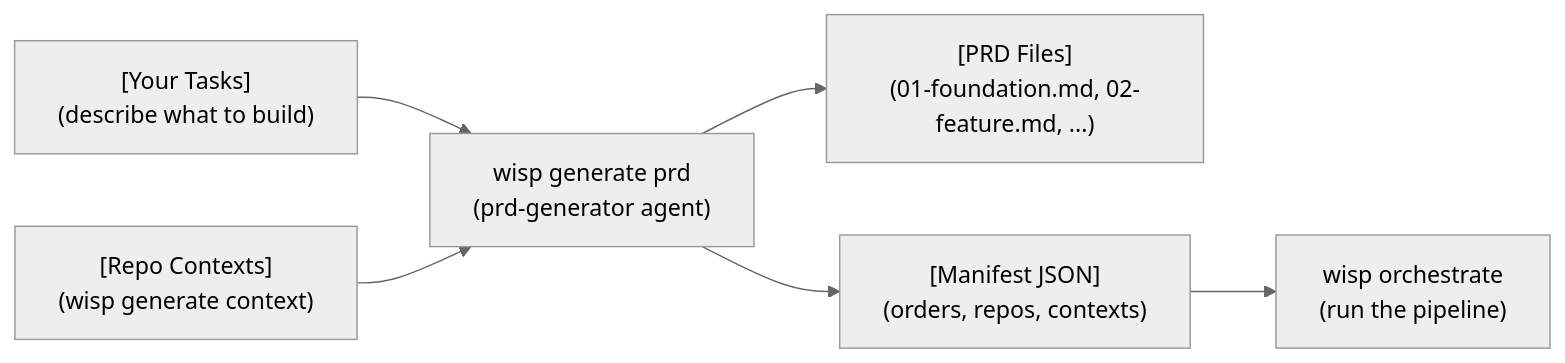
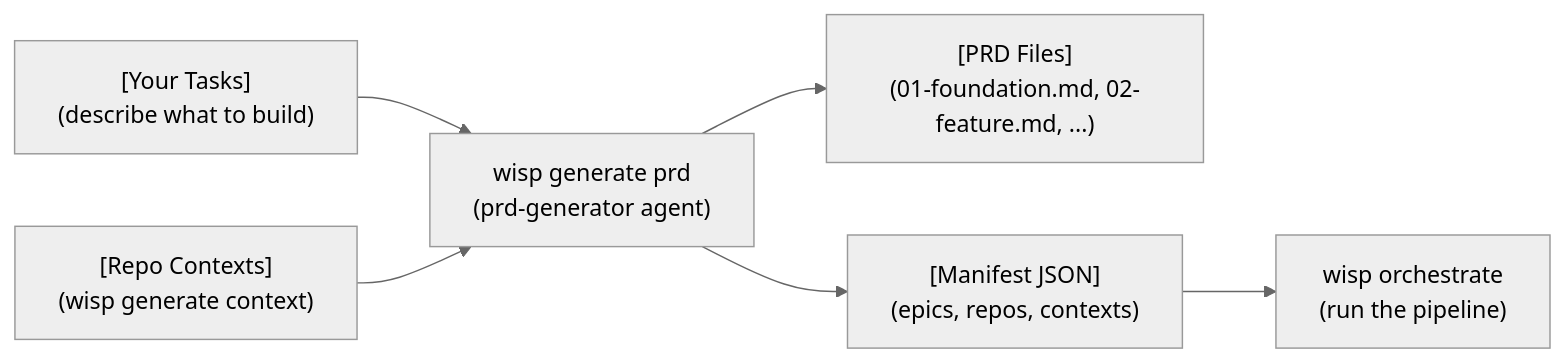
The second of 8 diagrams in docs/pipeline-overview.md (delehner/coding-agents), drawn with Mermaid (neutral theme) before and after one commit. The commit also changed other lines of this file and 17 other files, not shown here.

````diff
--- a/docs/pipeline-overview.md
+++ b/docs/pipeline-overview.md
@@ -59,10 +59,10 @@
 ```mermaid
 flowchart LR
     Input["[Your Tasks]\n(describe what to build)"]
     Ctx["[Repo Contexts]\n(wisp generate context)"]
     Input --> Gen["wisp generate prd\n(prd-generator agent)"]
     Ctx --> Gen
     Gen --> PRDs["[PRD Files]\n(01-foundation.md, 02-feature.md, ...)"]
-    Gen --> Manifest["[Manifest JSON]\n(orders, repos, contexts)"]
+    Gen --> Manifest["[Manifest JSON]\n(epics, repos, contexts)"]
     Manifest --> Orch["wisp orchestrate\n(run the pipeline)"]
 ```
````
